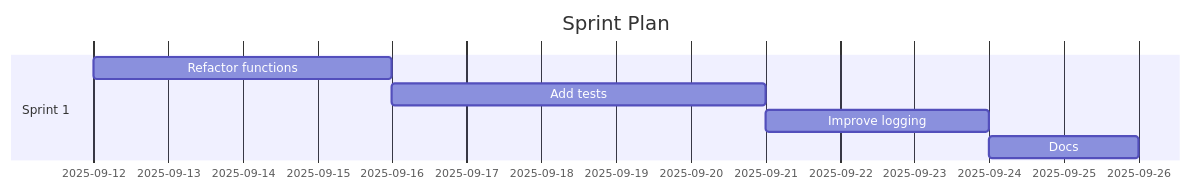
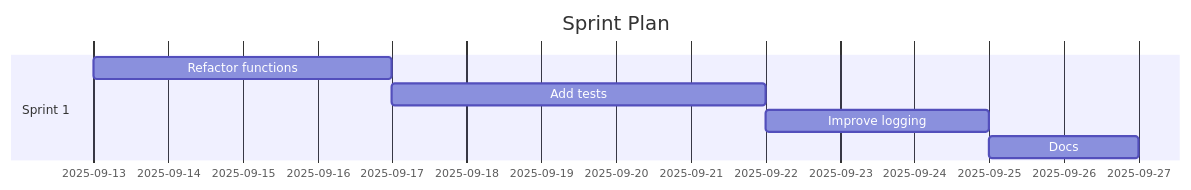
The diagram in demos/demo-code-analysis.sprint.md (Anselmoo/mcp-ai-agent-guidelines), drawn with Mermaid before and after one commit. The commit also changed other lines of this file and 20 other files, not shown here.

````diff
--- a/demos/demo-code-analysis.sprint.md
+++ b/demos/demo-code-analysis.sprint.md
@@ -58,11 +58,11 @@
 ```mermaid
 gantt
 	dateFormat  YYYY-MM-DD
 	title Sprint Plan
 %% Accessibility: Title=Project Sprint Plan; Description=Gantt chart of sprints and tasks over time. %%
   section Sprint 1
-  Refactor functions :s1t0, 2025-09-12, 4d
-  Add tests :s1t1, 2025-09-16, 5d
-  Improve logging :s1t2, 2025-09-21, 3d
-  Docs :s1t3, 2025-09-24, 2d
+  Refactor functions :s1t0, 2025-09-13, 4d
+  Add tests :s1t1, 2025-09-17, 5d
+  Improve logging :s1t2, 2025-09-22, 3d
+  Docs :s1t3, 2025-09-25, 2d
 ```
````
